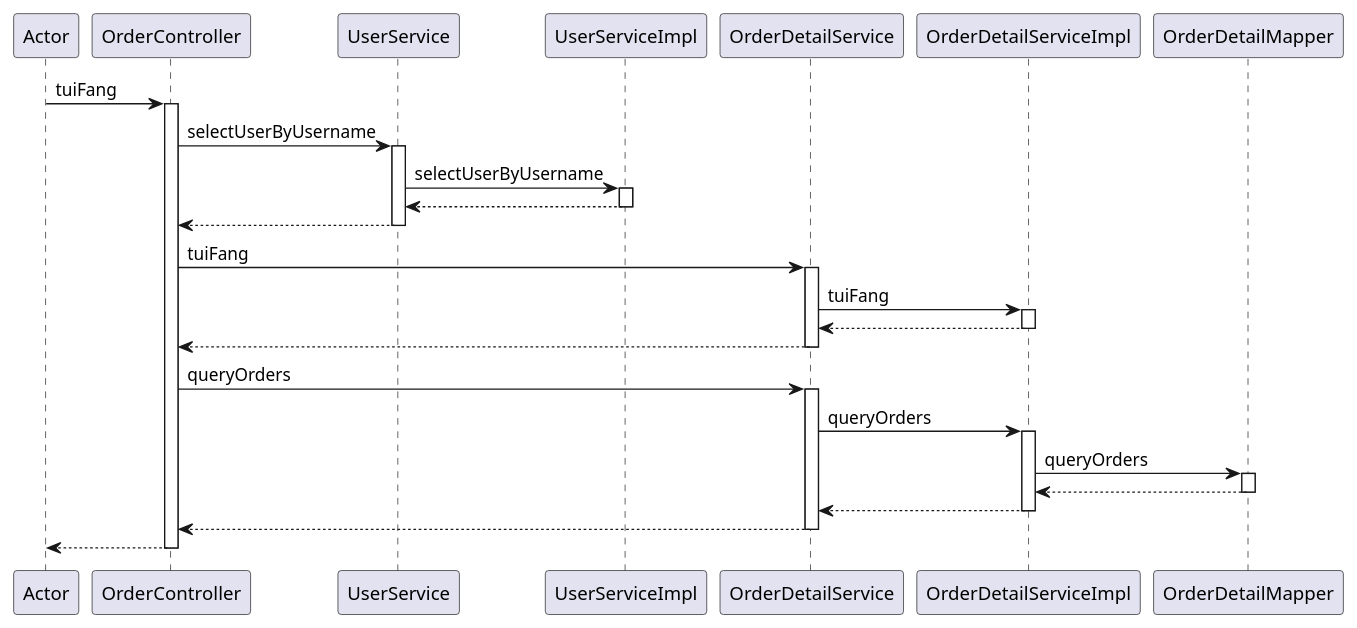
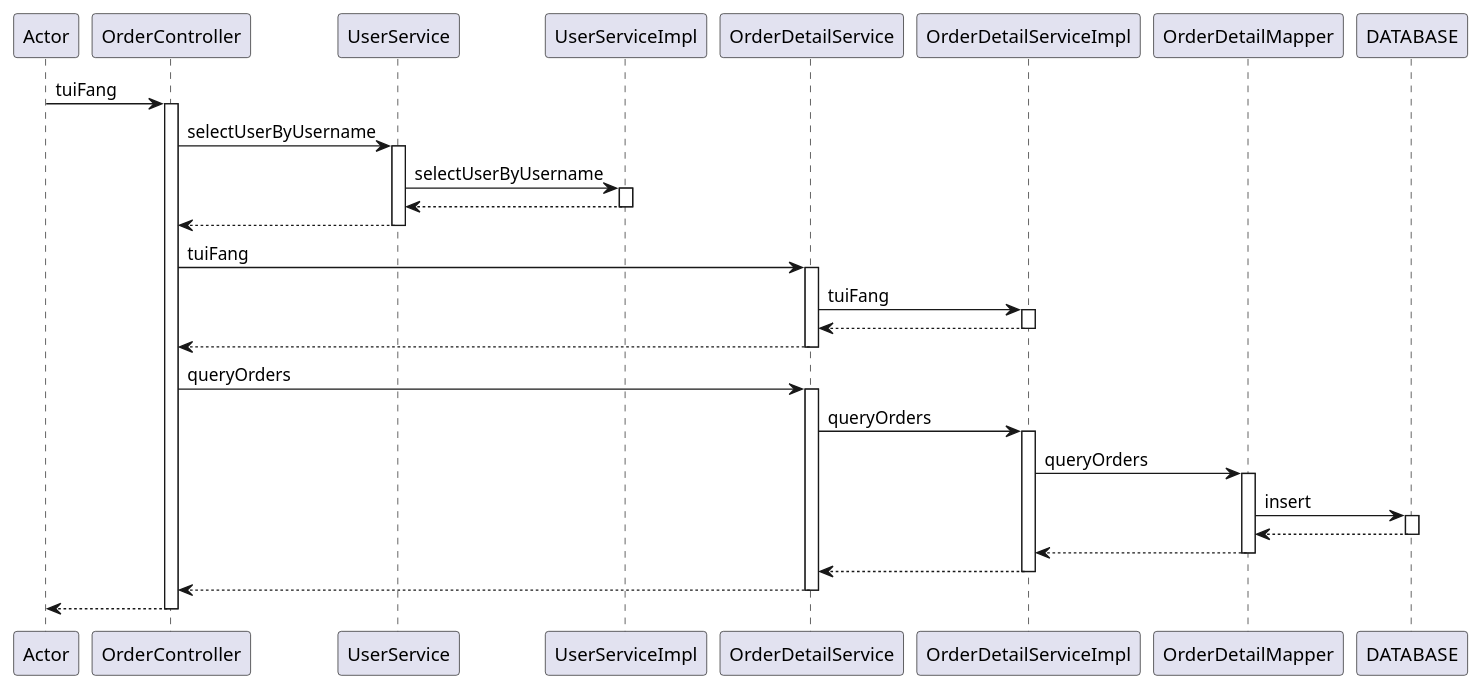
Before and after one commit to will-liao/homestay: the diagram in src/main/resources/puml文件/squence/时序图puml文件/OrderController_tuiFang.puml, drawn with PlantUML. The commit also changed 131 other files, not shown here.

```diff
--- a/src/main/resources/puml文件/squence/时序图puml文件/OrderController_tuiFang.puml
+++ b/src/main/resources/puml文件/squence/时序图puml文件/OrderController_tuiFang.puml
@@ -1,34 +1,38 @@
 @startuml
 participant Actor
 Actor -> OrderController : tuiFang
 activate OrderController
 OrderController -> UserService : selectUserByUsername
 activate UserService
 UserService -> UserServiceImpl : selectUserByUsername
 activate UserServiceImpl
 UserServiceImpl --> UserService
 deactivate UserServiceImpl
 UserService --> OrderController
 deactivate UserService
 OrderController -> OrderDetailService : tuiFang
 activate OrderDetailService
 OrderDetailService -> OrderDetailServiceImpl : tuiFang
 activate OrderDetailServiceImpl
 OrderDetailServiceImpl --> OrderDetailService
 deactivate OrderDetailServiceImpl
 OrderDetailService --> OrderController
 deactivate OrderDetailService
 OrderController -> OrderDetailService : queryOrders
 activate OrderDetailService
 OrderDetailService -> OrderDetailServiceImpl : queryOrders
 activate OrderDetailServiceImpl
 OrderDetailServiceImpl -> OrderDetailMapper : queryOrders
 activate OrderDetailMapper
+OrderDetailMapper -> DATABASE : insert
+activate DATABASE
+DATABASE --> OrderDetailMapper
+deactivate DATABASE
 OrderDetailMapper --> OrderDetailServiceImpl
 deactivate OrderDetailMapper
 OrderDetailServiceImpl --> OrderDetailService
 deactivate OrderDetailServiceImpl
 OrderDetailService --> OrderController
 deactivate OrderDetailService
 return
 @enduml
```
